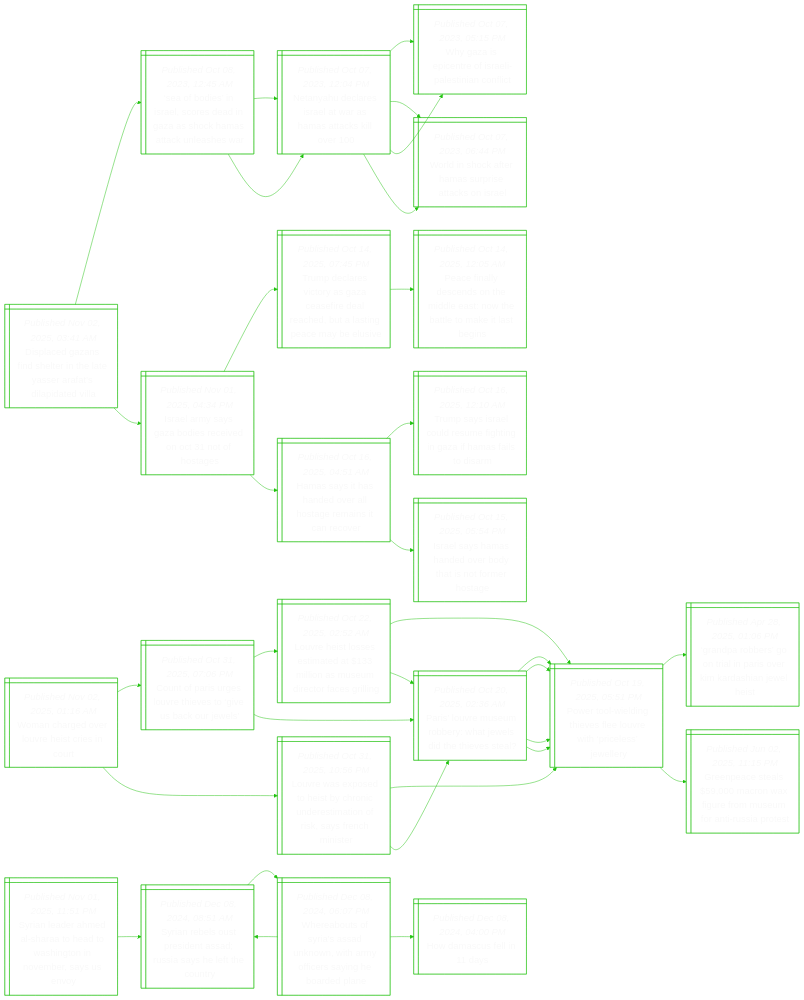
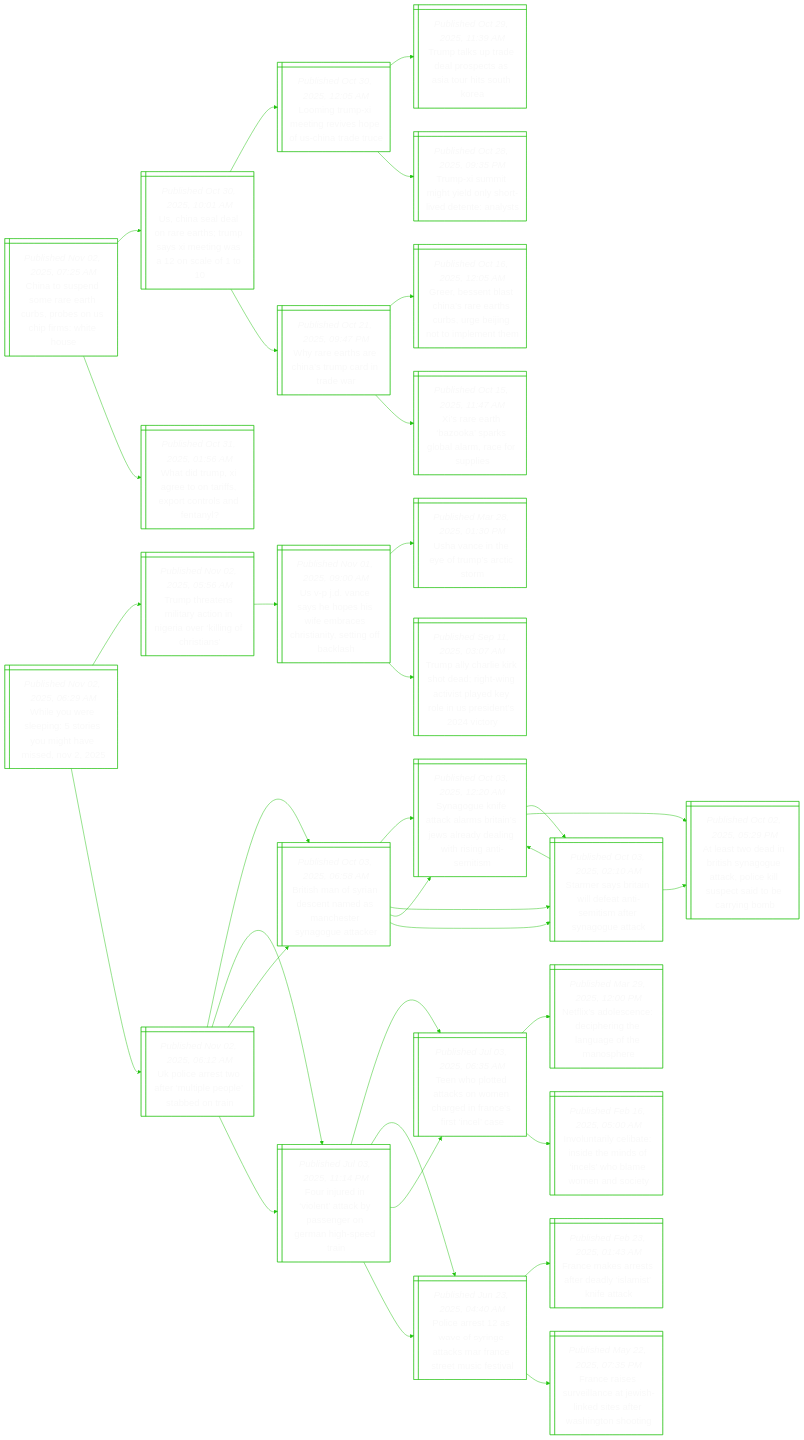
The diagram in README.md (notJmes/notJmes), drawn with Mermaid before and after one commit. The commit also changed other lines of this file, not shown here.

````diff
--- a/README.md
+++ b/README.md
@@ -16,109 +16,115 @@
 flowchart LR
 classDef txtsize font-size:20px;
 
-DaafhreYralai@{ shape: win-pane, label: "_Published Nov 02, 2025, 03:41 AM_
-Displaced gazans find shelter in the late yasser arafat’s dilapidated villa" }
-Sbsrcdnacaale@{ shape: win-pane, label: "_Published Oct 08, 2023, 12:45 AM_
-‘sea of bodies’ in israel, scores dead in gaza as shock hamas attack unleashes war" }
-NyeeawHakl@{ shape: win-pane, label: "_Published Oct 07, 2023, 12:04 PM_
-Netanyahu declares israel at war as hamas attacks kill over 100" }
-WzptIleint@{ shape: win-pane, label: "_Published Oct 07, 2023, 05:15 PM_
-Why gaza is epicentre of israeli-palestinian conflict" }
-Wiceapaks@{ shape: win-pane, label: "_Published Oct 07, 2023, 06:44 PM_
-World in shock after hamas surprise attacks on israel" }
-NyeeawHakl@{ shape: win-pane, label: "_Published Oct 07, 2023, 12:04 PM_
-Netanyahu declares israel at war as hamas attacks kill over 100" }
-WzptIleint@{ shape: win-pane, label: "_Published Oct 07, 2023, 05:15 PM_
-Why gaza is epicentre of israeli-palestinian conflict" }
-Wiceapaks@{ shape: win-pane, label: "_Published Oct 07, 2023, 06:44 PM_
-World in shock after hamas surprise attacks on israel" }
-Ilsadeecot@{ shape: win-pane, label: "_Published Nov 01, 2025, 04:34 PM_
-Israel army says gaza bodies received on oct 31 not of hostages" }
-Tdrcaaededlncbs@{ shape: win-pane, label: "_Published Oct 14, 2025, 07:45 PM_
-Trump declares victory as gaza ceasefire deal reached, but a lasting peace may be elusive" }
-PflcoMeNelale@{ shape: win-pane, label: "_Published Oct 14, 2025, 12:05 AM_
-Peace finally descends on the middle east: now the battle to make it last begins" }
-Hstaoltesnv@{ shape: win-pane, label: "_Published Oct 16, 2025, 04:51 AM_
-Hamas says it has handed over all hostage remains it can recover" }
-Tsscretniali@{ shape: win-pane, label: "_Published Oct 16, 2025, 12:10 AM_
-Trump says israel could resume fighting in gaza if hamas fails to disarm" }
-IlHhdbhnroe@{ shape: win-pane, label: "_Published Oct 15, 2025, 05:54 PM_
-Israel says hamas handed over body that is not former hostage" }
+CtportbbUpsee@{ shape: win-pane, label: "_Published Nov 02, 2025, 07:25 AM_
+China to suspend some rare earth curbs, probes on us chip firms: white house" }
+Unloehmsewne@{ shape: win-pane, label: "_Published Oct 30, 2025, 10:01 AM_
+Us, china seal deal on rare earths; trump says xi meeting was a 12 on scale of 1 to 10" }
+LnmegvpSaee@{ shape: win-pane, label: "_Published Oct 30, 2025, 12:05 AM_
+Looming trump-xi meeting revives hope of us-china trade truce" }
+Ttudlpaahoo@{ shape: win-pane, label: "_Published Oct 29, 2025, 11:39 AM_
+Trump talks up trade deal prospects as asia tour hits south korea" }
+TXmgelreent@{ shape: win-pane, label: "_Published Oct 28, 2025, 09:35 PM_
+Trump-xi summit might yield only short-lived detente: analysts" }
+Wrteamdar@{ shape: win-pane, label: "_Published Oct 21, 2025, 09:47 PM_
+Why rare earths are china’s trump card in trade war" }
+GBnsnrtrgjomee@{ shape: win-pane, label: "_Published Oct 16, 2025, 12:05 AM_
+Greer, bessent blast china’s rare earths curbs, urge beijing not to implement them" }
+Xrtopglmfps@{ shape: win-pane, label: "_Published Oct 15, 2025, 11:47 AM_
+Xi’s rare earth ‘bazooka’ sparks global alarm, race for supplies" }
+Wimgoretrnt@{ shape: win-pane, label: "_Published Oct 31, 2025, 01:56 AM_
+What did trump, xi agree to on tariffs, export controls and fentanyl?" }
 
-DaafhreYralai:::txtsize --> Sbsrcdnacaale:::txtsize
-Sbsrcdnacaale:::txtsize --> NyeeawHakl:::txtsize
-NyeeawHakl:::txtsize --> WzptIleint:::txtsize
-NyeeawHakl:::txtsize --> Wiceapaks:::txtsize
-Sbsrcdnacaale:::txtsize --> NyeeawHakl:::txtsize
-NyeeawHakl:::txtsize --> WzptIleint:::txtsize
-NyeeawHakl:::txtsize --> Wiceapaks:::txtsize
-DaafhreYralai:::txtsize --> Ilsadeecot:::txtsize
-Ilsadeecot:::txtsize --> Tdrcaaededlncbs:::txtsize
-Tdrcaaededlncbs:::txtsize --> PflcoMeNelale:::txtsize
-Ilsadeecot:::txtsize --> Hstaoltesnv:::txtsize
-Hstaoltesnv:::txtsize --> Tsscretniali:::txtsize
-Hstaoltesnv:::txtsize --> IlHhdbhnroe:::txtsize
+CtportbbUpsee:::txtsize --> Unloehmsewne:::txtsize
+Unloehmsewne:::txtsize --> LnmegvpSaee:::txtsize
+LnmegvpSaee:::txtsize --> Ttudlpaahoo:::txtsize
+LnmegvpSaee:::txtsize --> TXmgelreent:::txtsize
+Unloehmsewne:::txtsize --> Wrteamdar:::txtsize
+Wrteamdar:::txtsize --> GBnsnrtrgjomee:::txtsize
+Wrteamdar:::txtsize --> Xrtopglmfps:::txtsize
+CtportbbUpsee:::txtsize --> Wimgoretrnt:::txtsize
 
-Wcerrseo@{ shape: win-pane, label: "_Published Nov 02, 2025, 01:16 AM_
-Woman charged over louvre heist cries in court" }
-Coievitecjs@{ shape: win-pane, label: "_Published Oct 31, 2025, 07:06 PM_
-Count of paris urges louvre thieves to ‘give us back our jewels’" }
-Leteidlaerrsl@{ shape: win-pane, label: "_Published Oct 22, 2025, 02:52 AM_
-Louvre heist losses estimated at $133 million as museum director faces grilling" }
-Ptineluiisey@{ shape: win-pane, label: "_Published Oct 19, 2025, 05:51 PM_
-Power tool-wielding thieves flee louvre with ‘priceless’ jewellery" }
-PLeubhwitea@{ shape: win-pane, label: "_Published Oct 20, 2025, 02:36 AM_
-Paris’ louvre museum robbery: what jewels did the thieves steal?" }
-PLeubhwitea@{ shape: win-pane, label: "_Published Oct 20, 2025, 02:36 AM_
-Paris’ louvre museum robbery: what jewels did the thieves steal?" }
-Ptineluiisey@{ shape: win-pane, label: "_Published Oct 19, 2025, 05:51 PM_
-Power tool-wielding thieves flee louvre with ‘priceless’ jewellery" }
-Ptineluiisey@{ shape: win-pane, label: "_Published Oct 19, 2025, 05:51 PM_
-Power tool-wielding thieves flee louvre with ‘priceless’ jewellery" }
-Lexdicieioiynnr@{ shape: win-pane, label: "_Published Oct 31, 2025, 10:56 PM_
-Louvre was exposed to heist by chronic underestimation of risk, says french minister" }
-Ptineluiisey@{ shape: win-pane, label: "_Published Oct 19, 2025, 05:51 PM_
-Power tool-wielding thieves flee louvre with ‘priceless’ jewellery" }
-GpboiPoidaes@{ shape: win-pane, label: "_Published Apr 28, 2025, 01:06 PM_
-‘grandpa robbers’ go on trial in paris over kim kardashian jewel heist" }
-Gpssofemmnsrt@{ shape: win-pane, label: "_Published Jun 02, 2025, 11:15 PM_
-Greenpeace steals $59,000 macron wax figure from museum for anti-russia protest" }
-PLeubhwitea@{ shape: win-pane, label: "_Published Oct 20, 2025, 02:36 AM_
-Paris’ louvre museum robbery: what jewels did the thieves steal?" }
-Ptineluiisey@{ shape: win-pane, label: "_Published Oct 19, 2025, 05:51 PM_
-Power tool-wielding thieves flee louvre with ‘priceless’ jewellery" }
-Ptineluiisey@{ shape: win-pane, label: "_Published Oct 19, 2025, 05:51 PM_
-Power tool-wielding thieves flee louvre with ‘priceless’ jewellery" }
+WYresemhiN@{ shape: win-pane, label: "_Published Nov 02, 2025, 06:29 AM_
+While you were sleeping: 5 stories you might have missed, nov 2, 2025" }
+TttiriNiriCt@{ shape: win-pane, label: "_Published Nov 02, 2025, 05:56 AM_
+Trump threatens military action in nigeria over ‘killing of christians’" }
+UDehewmeinegas@{ shape: win-pane, label: "_Published Nov 01, 2025, 09:00 AM_
+Us v-p j.d. vance says he hopes his wife embraces christianity, setting off backlash" }
+UanyrAcm@{ shape: win-pane, label: "_Published Mar 28, 2025, 01:30 PM_
+Usha vance in the eye of trump’s arctic storm" }
+TahesegnipdoUstt@{ shape: win-pane, label: "_Published Sep 11, 2025, 03:07 AM_
+Trump ally charlie kirk shot dead; right-wing activist played key role in us president’s 2024 victory" }
+Uirwetpebt@{ shape: win-pane, label: "_Published Nov 02, 2025, 06:12 AM_
+Uk police arrest two after ‘multiple people’ stabbed on train" }
+Bsoisnaceaec@{ shape: win-pane, label: "_Published Oct 03, 2025, 06:58 AM_
+British man of syrian descent named as manchester synagogue attacker" }
+Sontasaerdnhnit@{ shape: win-pane, label: "_Published Oct 03, 2025, 12:20 AM_
+Synagogue knife attack alarms britain’s jews already dealing with rising anti-semitism" }
+Sesaletiasot@{ shape: win-pane, label: "_Published Oct 03, 2025, 02:10 AM_
+Starmer says britain will defeat anti-semitism after synagogue attack" }
+Fndoakseehpr@{ shape: win-pane, label: "_Published Jul 03, 2025, 11:14 PM_
+Four injured in ‘violent’ attack by passenger on german high-speed train" }
+Thttsmainina@{ shape: win-pane, label: "_Published Jul 03, 2025, 06:35 AM_
+Teen who plotted attacks on women charged in france’s first ‘incel’ case" }
+Pesasgaanruea@{ shape: win-pane, label: "_Published Jun 23, 2025, 04:40 AM_
+Police arrest 12 as wave of syringe attacks mar france street music festival" }
 
-Wcerrseo:::txtsize --> Coievitecjs:::txtsize
-Coievitecjs:::txtsize --> Leteidlaerrsl:::txtsize
-Leteidlaerrsl:::txtsize --> Ptineluiisey:::txtsize
-Leteidlaerrsl:::txtsize --> PLeubhwitea:::txtsize
-Coievitecjs:::txtsize --> PLeubhwitea:::txtsize
-PLeubhwitea:::txtsize --> Ptineluiisey:::txtsize
-PLeubhwitea:::txtsize --> Ptineluiisey:::txtsize
-Wcerrseo:::txtsize --> Lexdicieioiynnr:::txtsize
-Lexdicieioiynnr:::txtsize --> Ptineluiisey:::txtsize
-Ptineluiisey:::txtsize --> GpboiPoidaes:::txtsize
-Ptineluiisey:::txtsize --> Gpssofemmnsrt:::txtsize
-Lexdicieioiynnr:::txtsize --> PLeubhwitea:::txtsize
-PLeubhwitea:::txtsize --> Ptineluiisey:::txtsize
-PLeubhwitea:::txtsize --> Ptineluiisey:::txtsize
+WYresemhiN:::txtsize --> TttiriNiriCt:::txtsize
+TttiriNiriCt:::txtsize --> UDehewmeinegas:::txtsize
+UDehewmeinegas:::txtsize --> UanyrAcm:::txtsize
+UDehewmeinegas:::txtsize --> TahesegnipdoUstt:::txtsize
+WYresemhiN:::txtsize --> Uirwetpebt:::txtsize
+Uirwetpebt:::txtsize --> Bsoisnaceaec:::txtsize
+Bsoisnaceaec:::txtsize --> Sontasaerdnhnit:::txtsize
+Bsoisnaceaec:::txtsize --> Sesaletiasot:::txtsize
+Uirwetpebt:::txtsize --> Fndoakseehpr:::txtsize
+Fndoakseehpr:::txtsize --> Thttsmainina:::txtsize
+Fndoakseehpr:::txtsize --> Pesasgaanruea:::txtsize
 
-SneehtdstNbyn@{ shape: win-pane, label: "_Published Nov 01, 2025, 11:51 PM_
-Syrian leader ahmed al-sharaa to head to washington in november, says us envoy" }
-SnltiARahtoy@{ shape: win-pane, label: "_Published Dec 08, 2024, 08:51 AM_
-Syrian rebels oust president assad; russia says he left the country" }
-Wasrsnnafriben@{ shape: win-pane, label: "_Published Dec 08, 2024, 06:07 PM_
-Whereabouts of syria's assad unknown, with army officers saying he boarded plane" }
-SnltiARahtoy@{ shape: win-pane, label: "_Published Dec 08, 2024, 08:51 AM_
-Syrian rebels oust president assad; russia says he left the country" }
-Hmsis@{ shape: win-pane, label: "_Published Dec 08, 2024, 04:00 PM_
-How damascus fell in 11 days" }
+Uirwetpebt@{ shape: win-pane, label: "_Published Nov 02, 2025, 06:12 AM_
+Uk police arrest two after ‘multiple people’ stabbed on train" }
+Bsoisnaceaec@{ shape: win-pane, label: "_Published Oct 03, 2025, 06:58 AM_
+British man of syrian descent named as manchester synagogue attacker" }
+Sontasaerdnhnit@{ shape: win-pane, label: "_Published Oct 03, 2025, 12:20 AM_
+Synagogue knife attack alarms britain’s jews already dealing with rising anti-semitism" }
+Sesaletiasot@{ shape: win-pane, label: "_Published Oct 03, 2025, 02:10 AM_
+Starmer says britain will defeat anti-semitism after synagogue attack" }
+Asdninualissorg@{ shape: win-pane, label: "_Published Oct 02, 2025, 05:29 PM_
+At least two dead in british synagogue attack, police kill suspect said to be carrying bomb" }
+Sesaletiasot@{ shape: win-pane, label: "_Published Oct 03, 2025, 02:10 AM_
+Starmer says britain will defeat anti-semitism after synagogue attack" }
+Sontasaerdnhnit@{ shape: win-pane, label: "_Published Oct 03, 2025, 12:20 AM_
+Synagogue knife attack alarms britain’s jews already dealing with rising anti-semitism" }
+Asdninualissorg@{ shape: win-pane, label: "_Published Oct 02, 2025, 05:29 PM_
+At least two dead in british synagogue attack, police kill suspect said to be carrying bomb" }
+Fndoakseehpr@{ shape: win-pane, label: "_Published Jul 03, 2025, 11:14 PM_
+Four injured in ‘violent’ attack by passenger on german high-speed train" }
+Thttsmainina@{ shape: win-pane, label: "_Published Jul 03, 2025, 06:35 AM_
+Teen who plotted attacks on women charged in france’s first ‘incel’ case" }
+Nioeeetneese@{ shape: win-pane, label: "_Published Mar 29, 2025, 12:00 PM_
+Netflix’s adolescence: deciphering the language of the manosphere" }
+Iuiledmoeoenoy@{ shape: win-pane, label: "_Published Feb 16, 2025, 05:00 AM_
+Involuntarily celibate: inside the minds of ‘incels’ who blame women and society" }
+Pesasgaanruea@{ shape: win-pane, label: "_Published Jun 23, 2025, 04:40 AM_
+Police arrest 12 as wave of syringe attacks mar france street music festival" }
+Fesstassfa@{ shape: win-pane, label: "_Published Feb 23, 2025, 01:43 AM_
+France makes arrests after deadly ‘islamist’ knife attack" }
+Feevatskttstog@{ shape: win-pane, label: "_Published May 22, 2025, 07:35 PM_
+France raises surveillance at jewish-linked sites after washington shooting" }
 
-SneehtdstNbyn:::txtsize --> SnltiARahtoy:::txtsize
-SnltiARahtoy:::txtsize --> Wasrsnnafriben:::txtsize
-Wasrsnnafriben:::txtsize --> SnltiARahtoy:::txtsize
-Wasrsnnafriben:::txtsize --> Hmsis:::txtsize
+Uirwetpebt:::txtsize --> Bsoisnaceaec:::txtsize
+Bsoisnaceaec:::txtsize --> Sontasaerdnhnit:::txtsize
+Sontasaerdnhnit:::txtsize --> Sesaletiasot:::txtsize
+Sontasaerdnhnit:::txtsize --> Asdninualissorg:::txtsize
+Bsoisnaceaec:::txtsize --> Sesaletiasot:::txtsize
+Sesaletiasot:::txtsize --> Sontasaerdnhnit:::txtsize
+Sesaletiasot:::txtsize --> Asdninualissorg:::txtsize
+Uirwetpebt:::txtsize --> Fndoakseehpr:::txtsize
+Fndoakseehpr:::txtsize --> Thttsmainina:::txtsize
+Thttsmainina:::txtsize --> Nioeeetneese:::txtsize
+Thttsmainina:::txtsize --> Iuiledmoeoenoy:::txtsize
+Fndoakseehpr:::txtsize --> Pesasgaanruea:::txtsize
+Pesasgaanruea:::txtsize --> Fesstassfa:::txtsize
+Pesasgaanruea:::txtsize --> Feevatskttstog:::txtsize
 
 ```
````
